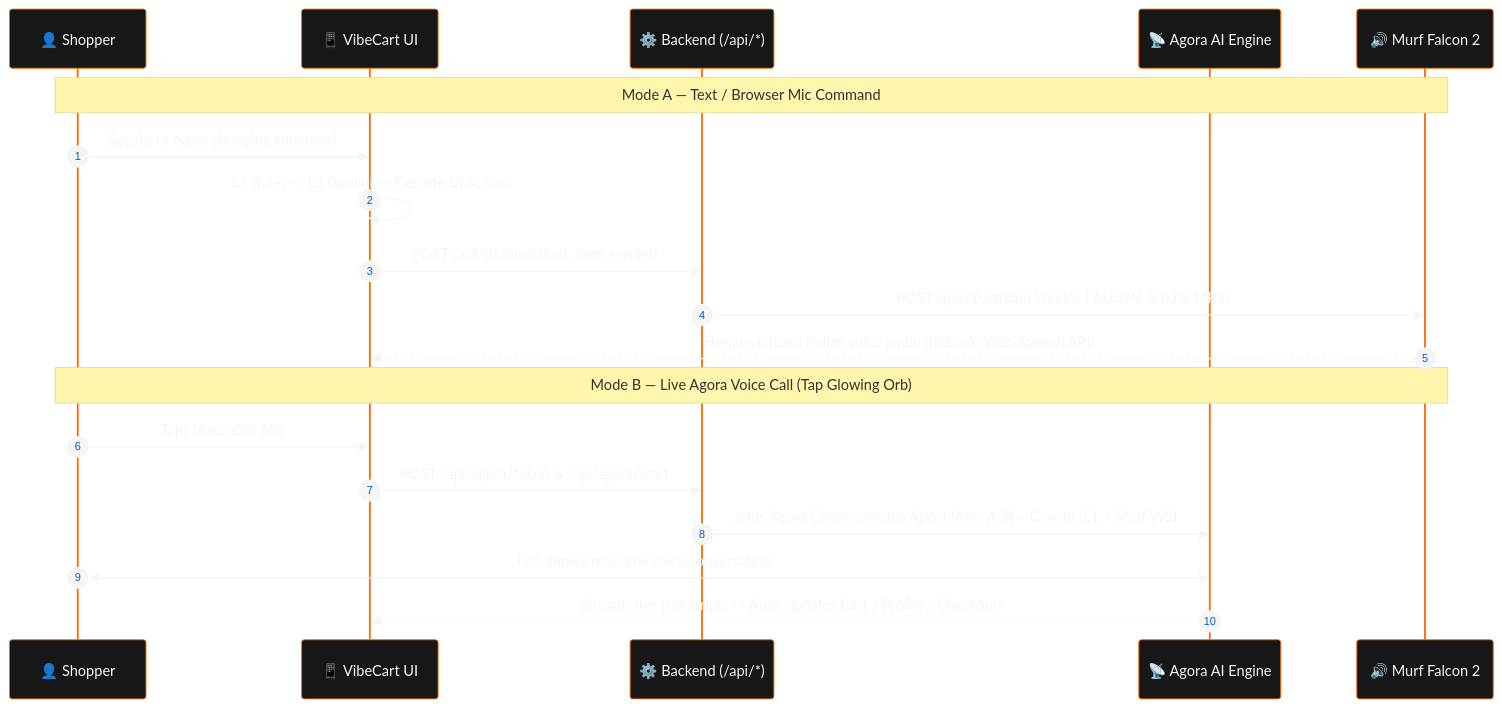
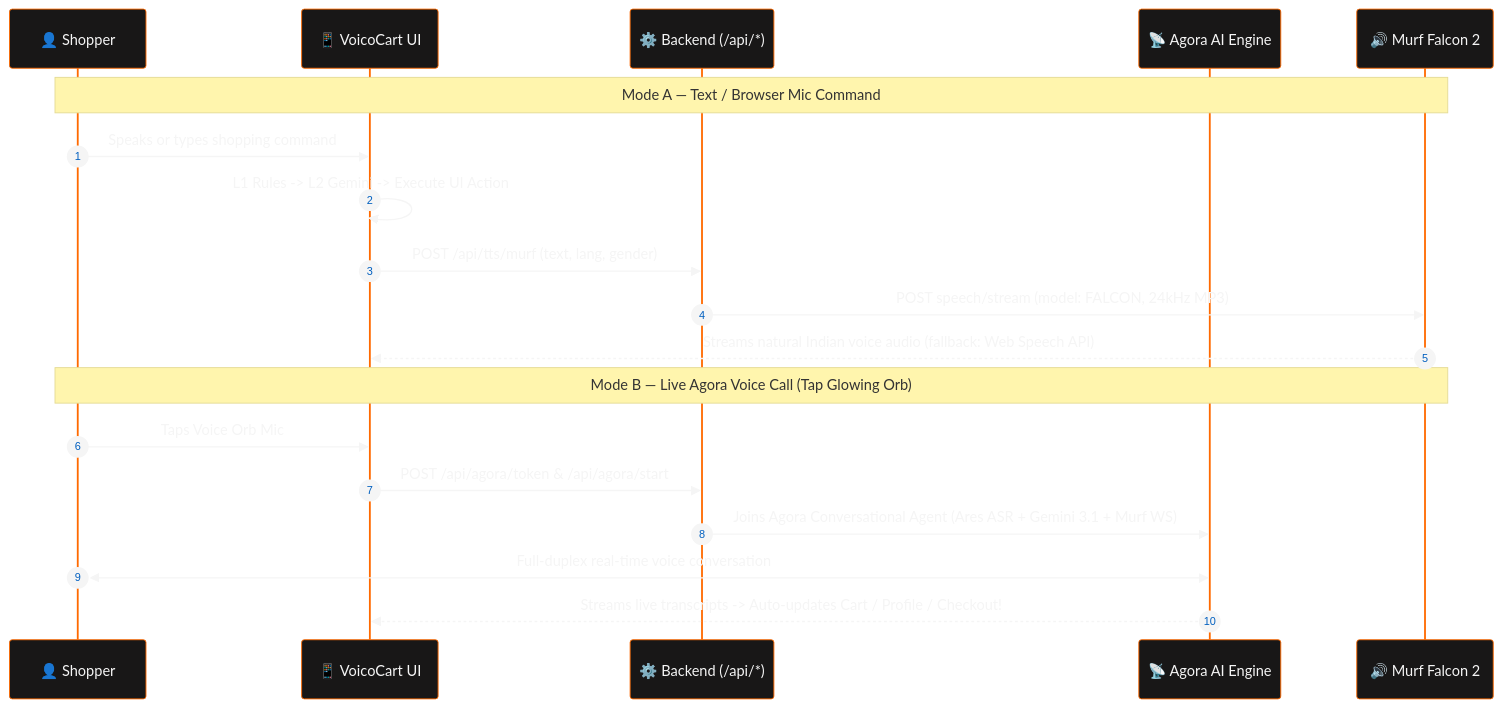
The second of 4 diagrams in README.md (cognosolution-cpu/buildathon), drawn with Mermaid before and after one commit. The commit also changed other lines of this file and 33 other files, not shown here.

First line of the commit message:
chore: rename project from VibeCart to VoicoCart

````diff
--- a/README.md
+++ b/README.md
@@ -171,24 +171,24 @@
 ```mermaid
 %%{init: {'theme': 'base', 'themeVariables': { 'background': '#050505', 'primaryColor': '#181717', 'primaryBorderColor': '#FF6A00', 'primaryTextColor': '#F5F5F5', 'lineColor': '#FFA040', 'edgeLabelBackground': '#111111' }}}%%
 sequenceDiagram
     autonumber
     participant U as 👤 Shopper
-    participant App as 📱 VibeCart UI
+    participant App as 📱 VoicoCart UI
     participant API as ⚙️ Backend (/api/*)
     participant Ag as 📡 Agora AI Engine
     participant Murf as 🔊 Murf Falcon 2
 
     Note over U,Murf: Mode A — Text / Browser Mic Command
     U->>App: Speaks or types shopping command
     App->>App: L1 Rules -> L2 Gemini -> Execute UI Action
     App->>API: POST /api/tts/murf (text, lang, gender)
     API->>Murf: POST speech/stream (model: FALCON, 24kHz MP3)
     Murf-->>App: Streams natural Indian voice audio (fallback: Web Speech API)
 
     Note over U,Murf: Mode B — Live Agora Voice Call (Tap Glowing Orb)
     U->>App: Taps Voice Orb Mic
     App->>API: POST /api/agora/token & /api/agora/start
     API->>Ag: Joins Agora Conversational Agent (Ares ASR + Gemini 3.1 + Murf WS)
     U<<->>Ag: Full-duplex real-time voice conversation
     Ag-->>App: Streams live transcripts -> Auto-updates Cart / Profile / Checkout!
 ```
````
